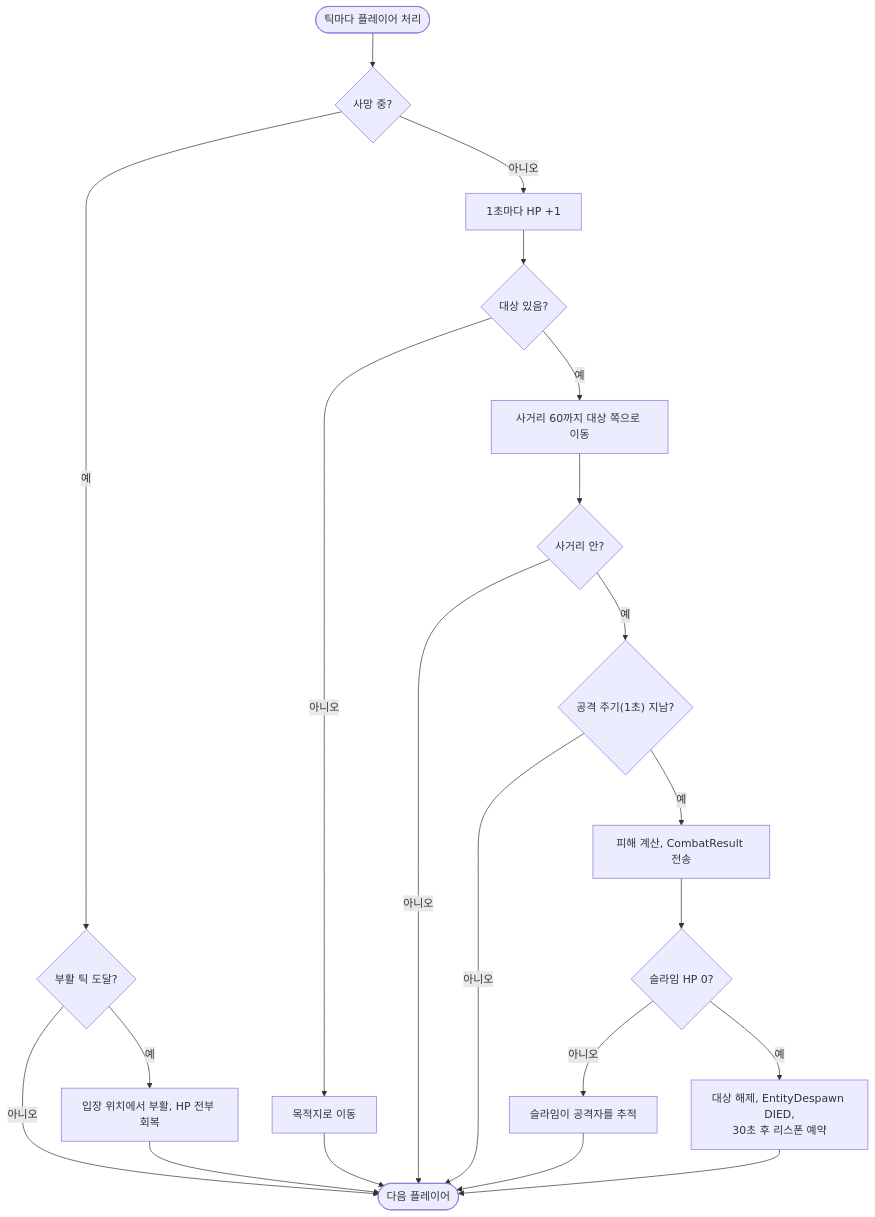
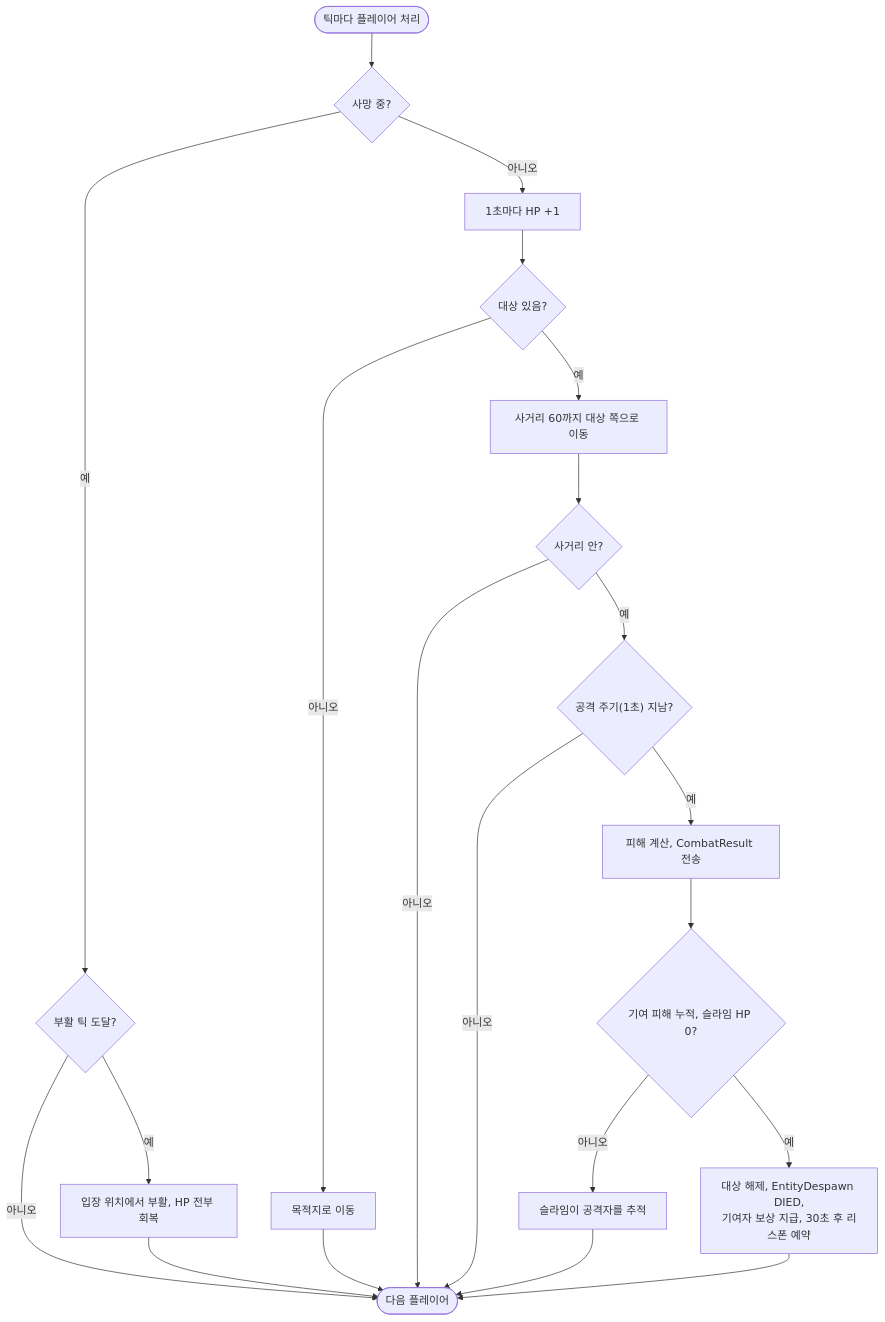
Before and after one commit to Dongs9/try_mmo_server: the diagram in docs/diagrams/src/flow-attack.mmd, drawn with Mermaid. The commit also changed 23 other files, not shown here.

```diff
--- a/docs/diagrams/src/flow-attack.mmd
+++ b/docs/diagrams/src/flow-attack.mmd
@@ -1,21 +1,21 @@
 flowchart TD
     start([틱마다 플레이어 처리]) --> dead{사망 중?}
     dead -- 예 --> revive{부활 틱 도달?}
     revive -- 예 --> doRevive["입장 위치에서 부활, HP 전부 회복"]
     revive -- 아니오 --> finish([다음 플레이어])
     doRevive --> finish
     dead -- 아니오 --> regen["1초마다 HP +1"]
     regen --> target{대상 있음?}
     target -- 아니오 --> move[목적지로 이동]
     move --> finish
     target -- 예 --> near["사거리 60까지 대상 쪽으로 이동"]
     near --> range{사거리 안?}
     range -- 아니오 --> finish
     range -- 예 --> ready{"공격 주기(1초) 지남?"}
     ready -- 아니오 --> finish
     ready -- 예 --> hit["피해 계산, CombatResult 전송"]
-    hit --> alive{슬라임 HP 0?}
+    hit --> alive{"기여 피해 누적, 슬라임 HP 0?"}
     alive -- 아니오 --> chase["슬라임이 공격자를 추적"]
-    alive -- 예 --> kill["대상 해제, EntityDespawn DIED,<br/>30초 후 리스폰 예약"]
+    alive -- 예 --> kill["대상 해제, EntityDespawn DIED,<br/>기여자 보상 지급, 30초 후 리스폰 예약"]
     chase --> finish
     kill --> finish
```
